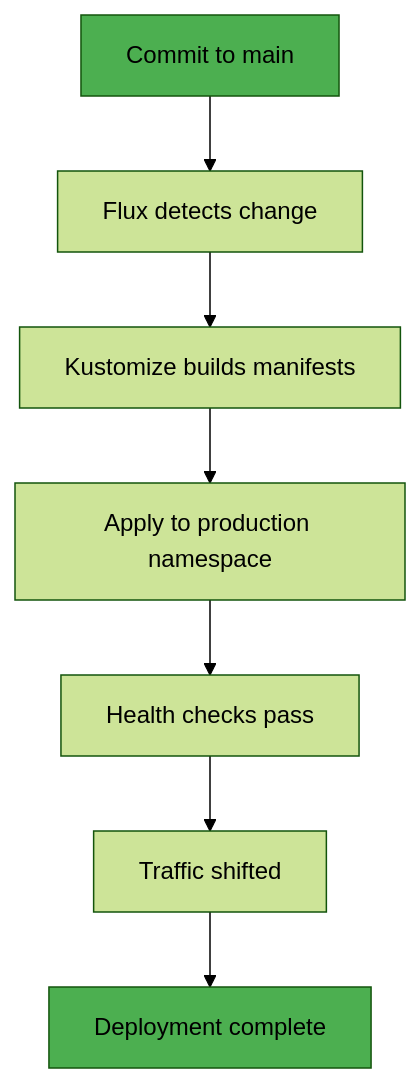
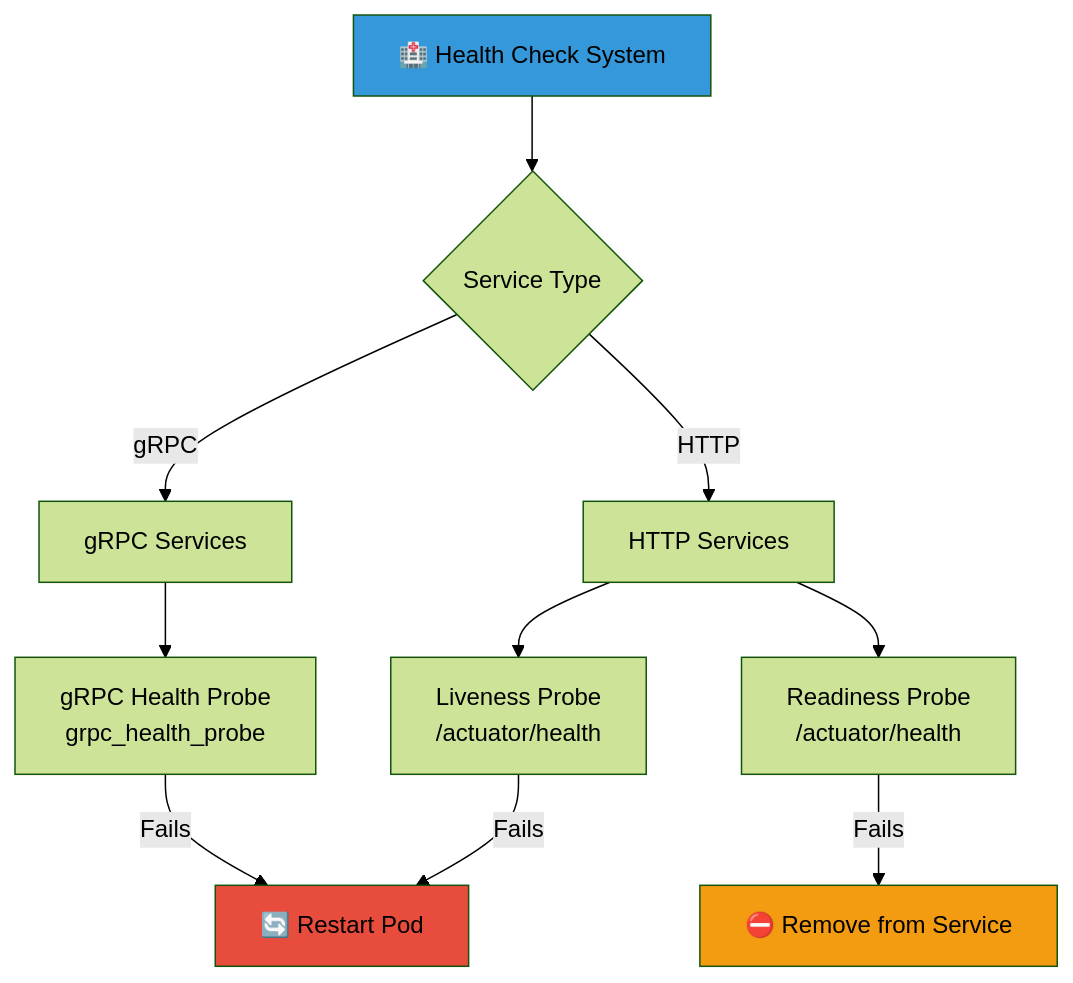
The ninth of 12 diagrams in README.md (Saoudyahya/Flux-gitops-Market-Impact-Analysis-system), drawn with Mermaid (forest theme) before and after one commit. The commit also changed other lines of this file, not shown here.

````diff
--- a/README.md
+++ b/README.md
@@ -367,12 +716,20 @@
 ```mermaid
 graph TD
-    A[Commit to main] --> B[Flux detects change]
-    B --> C[Kustomize builds manifests]
-    C --> D[Apply to production namespace]
-    D --> E[Health checks pass]
-    E --> F[Traffic shifted]
-    F --> G[Deployment complete]
-
-    style A fill:#4CAF50
-    style G fill:#4CAF50
+    A[🏥 Health Check System] --> B{Service Type}
+    
+    B -->|HTTP| C[HTTP Services]
+    B -->|gRPC| D[gRPC Services]
+    
+    C --> E[Liveness Probe<br/>/actuator/health]
+    C --> F[Readiness Probe<br/>/actuator/health]
+    
+    D --> G[gRPC Health Probe<br/>grpc_health_probe]
+    
+    E -->|Fails| H[🔄 Restart Pod]
+    F -->|Fails| I[⛔ Remove from Service]
+    G -->|Fails| H
+    
+    style A fill:#3498DB
+    style H fill:#E74C3C
+    style I fill:#F39C12
 ```
````
